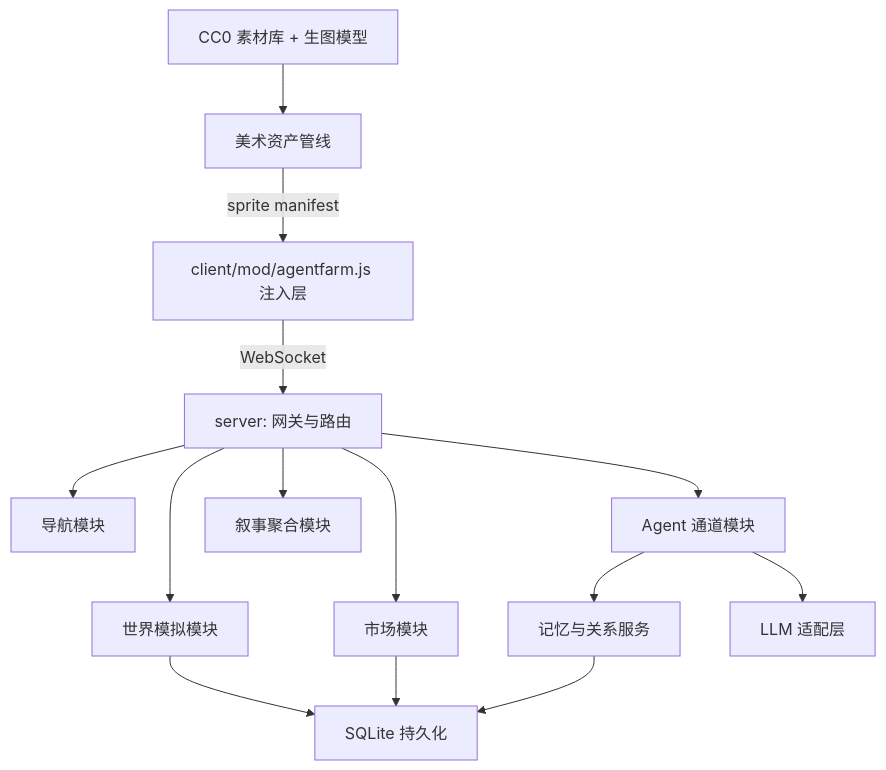
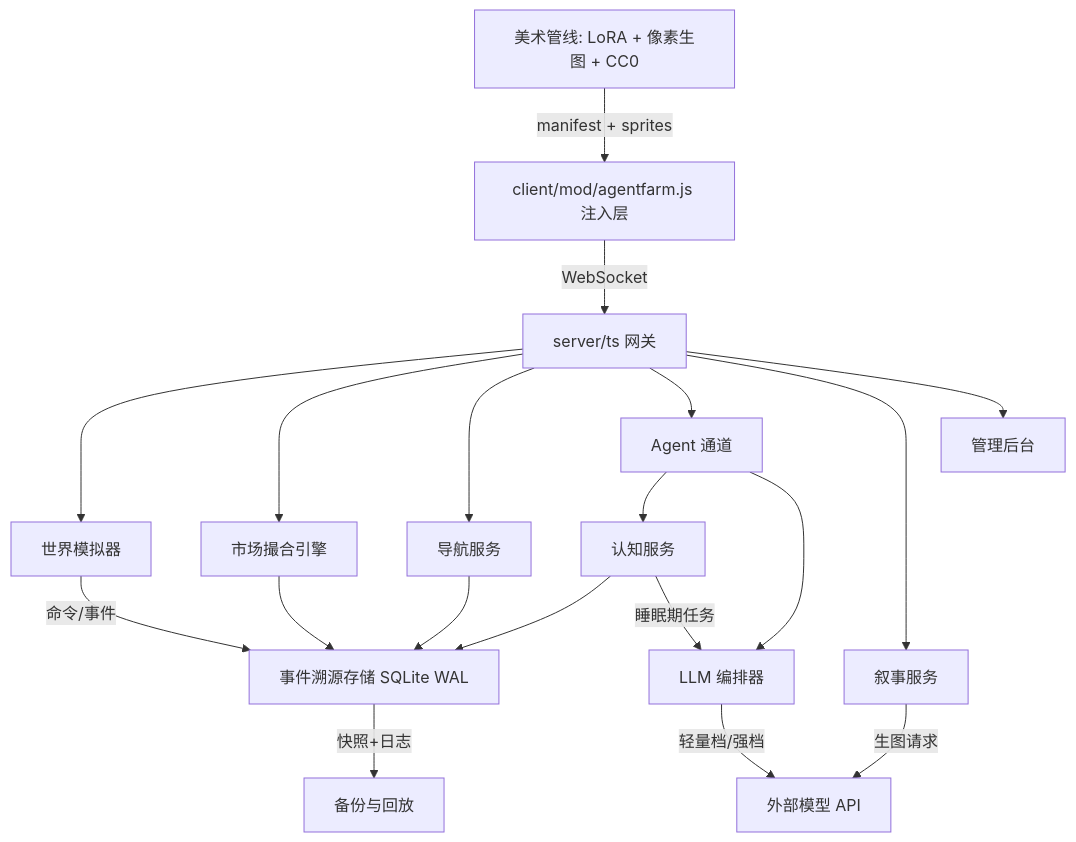
The diagram in .monkeycode/specs/agentfarm2-playability-upgrade/design.md (renquanpake/AgentFarm2-village-rhapsody), drawn with Mermaid before and after one commit. The commit also changed other lines of this file and 1 other file, not shown here.

````diff
--- a/.monkeycode/specs/agentfarm2-playability-upgrade/design.md
+++ b/.monkeycode/specs/agentfarm2-playability-upgrade/design.md
@@ -13,16 +14,21 @@
 ```mermaid
 graph TD
-    A["client/mod/agentfarm.js 注入层"] -->|"WebSocket"| B["server: 网关与路由"]
-    B --> C["世界模拟模块"]
-    B --> D["市场模块"]
-    B --> E["导航模块"]
-    B --> F["Agent 通道模块"]
-    B --> G["叙事聚合模块"]
-    F --> H["记忆与关系服务"]
-    F --> I["LLM 适配层"]
-    C --> J["SQLite 持久化"]
-    D --> J
-    H --> J
-    K["美术资产管线"] -->|"sprite manifest"| A
-    L["CC0 素材库 + 生图模型"] --> K
+    A["client/mod/agentfarm.js 注入层"] -->|"WebSocket"| B["server/ts 网关"]
+    B --> C["世界模拟器"]
+    B --> D["市场撮合引擎"]
+    B --> E["导航服务"]
+    B --> F["Agent 通道"]
+    B --> G["叙事服务"]
+    B --> H["管理后台"]
+    C -->|"命令/事件"| I["事件溯源存储 SQLite WAL"]
+    D --> I
+    E --> I
+    F --> J["认知服务"]
+    F --> K["LLM 编排器"]
+    J --> I
+    K -->|"轻量档/强档"| L["外部模型 API"]
+    J -->|"睡眠期任务"| K
+    G -->|"生图请求"| L
+    M["美术管线: LoRA + 像素生图 + CC0"] -->|"manifest + sprites"| A
+    I -->|"快照+日志"| N["备份与回放"]
 ```
````
